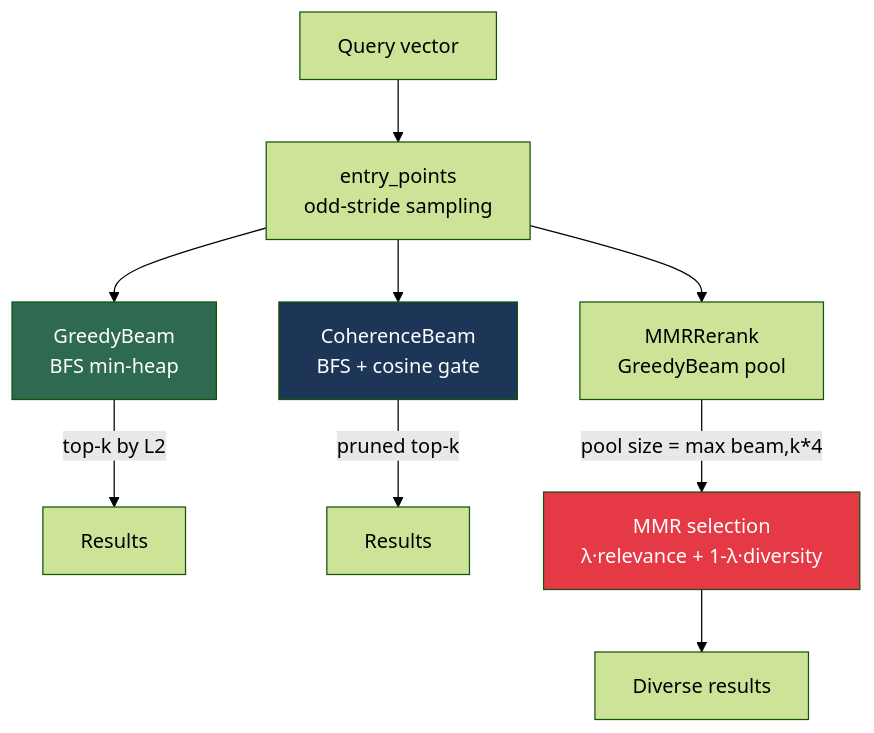
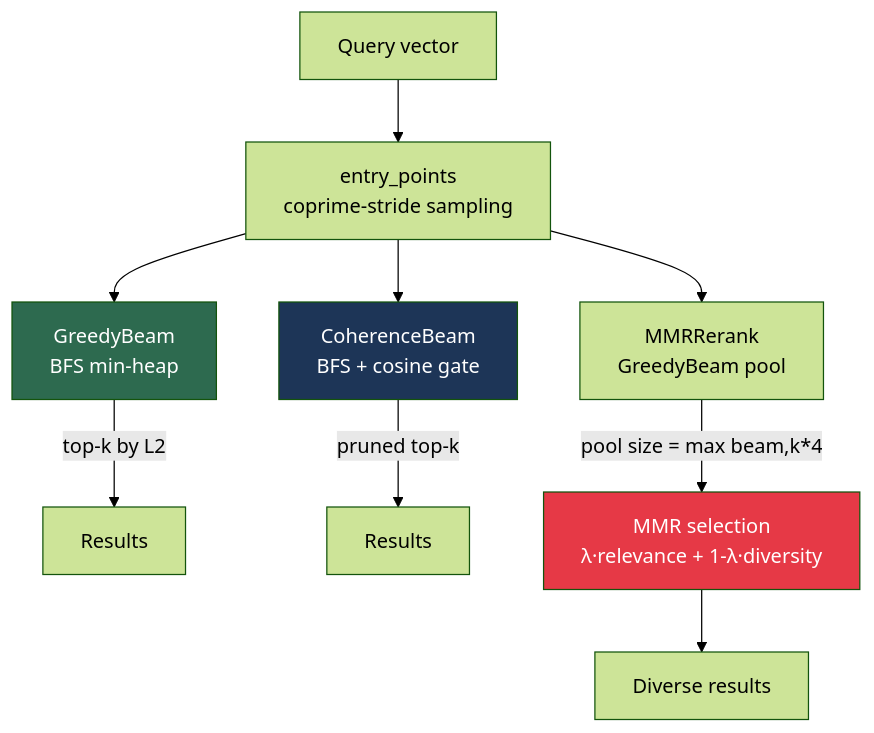
One commit to Bolivar1234/RuVector changed the diagram in docs/research/nightly/2026-07-26-diverse-beam-ann/README.md. Above: the diagram before and after it, drawn with Mermaid (forest theme). The commit also changed other lines of this file and 6 other files, not shown here.

````diff
--- a/docs/research/nightly/2026-07-26-diverse-beam-ann/README.md
+++ b/docs/research/nightly/2026-07-26-diverse-beam-ann/README.md
@@ -74,16 +74,16 @@
 ```mermaid
 graph TD
-    Q[Query vector] --> EP[entry_points\n odd-stride sampling]
+    Q[Query vector] --> EP[entry_points\n coprime-stride sampling]
     EP --> GB[GreedyBeam\nBFS min-heap]
     EP --> CB[CoherenceBeam\nBFS + cosine gate]
     EP --> MMR_GRD[MMRRerank\nGreedyBeam pool]
 
     GB --> |top-k by L2| R1[Results]
     CB --> |pruned top-k| R2[Results]
     MMR_GRD --> |pool size = max beam,k*4| MMR_SEL[MMR selection\nλ·relevance + 1-λ·diversity]
     MMR_SEL --> R3[Diverse results]
 
     style GB fill:#2d6a4f,color:#fff
     style CB fill:#1d3557,color:#fff
     style MMR_SEL fill:#e63946,color:#fff
 ```
````
